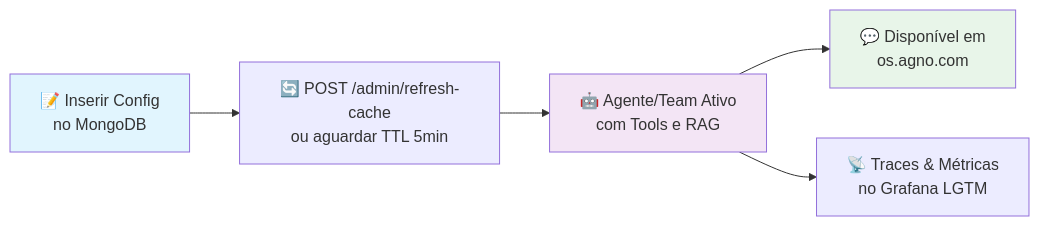
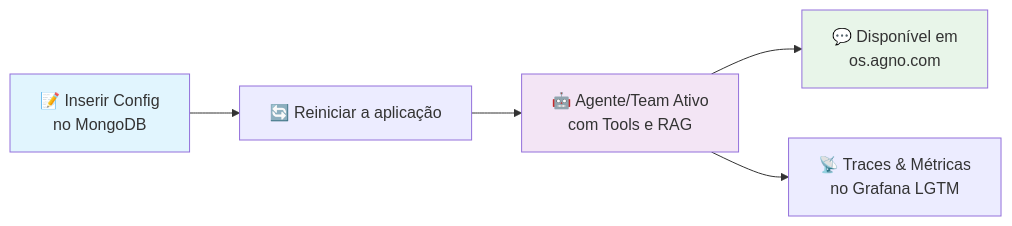
The third of 5 diagrams in README.pt-br.md (Mosfet04/orquestradorIAPythonArgo), drawn with Mermaid before and after one commit. The commit also changed other lines of this file and 38 other files, not shown here.

````diff
--- a/README.pt-br.md
+++ b/README.pt-br.md
@@ -429,11 +429,11 @@
 ```mermaid
 graph LR
-    A["📝 Inserir Config<br/>no MongoDB"] --> B["🔄 POST /admin/refresh-cache<br/>ou aguardar TTL 5min"]
+    A["📝 Inserir Config<br/>no MongoDB"] --> B["🔄 Reiniciar a aplicação"]
     B --> C["🤖 Agente/Team Ativo<br/>com Tools e RAG"]
     C --> D["💬 Disponível em<br/>os.agno.com"]
     C --> E["📡 Traces & Métricas<br/>no Grafana LGTM"]
 
     style A fill:#e1f5fe
     style C fill:#f3e5f5
     style D fill:#e8f5e9
 ```
````
